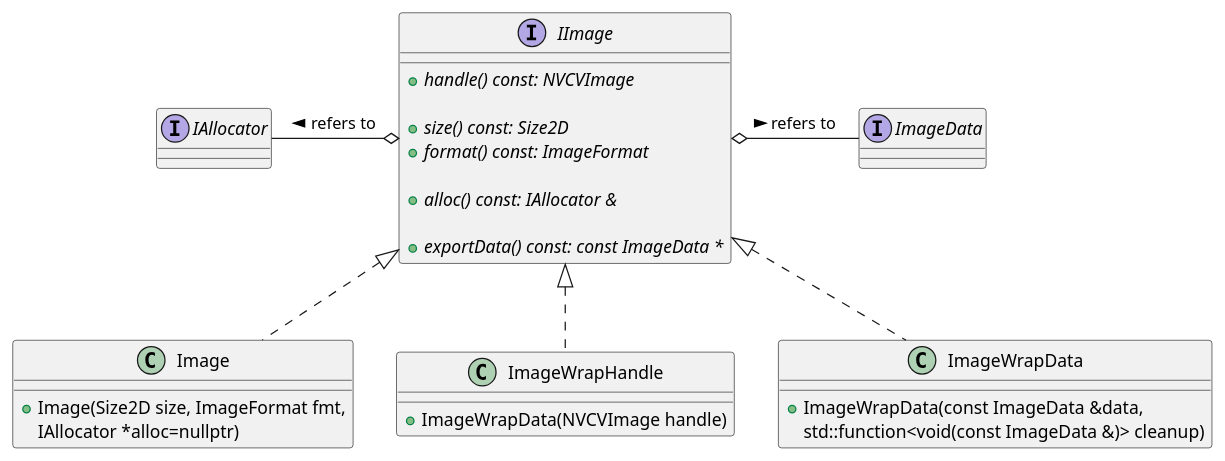
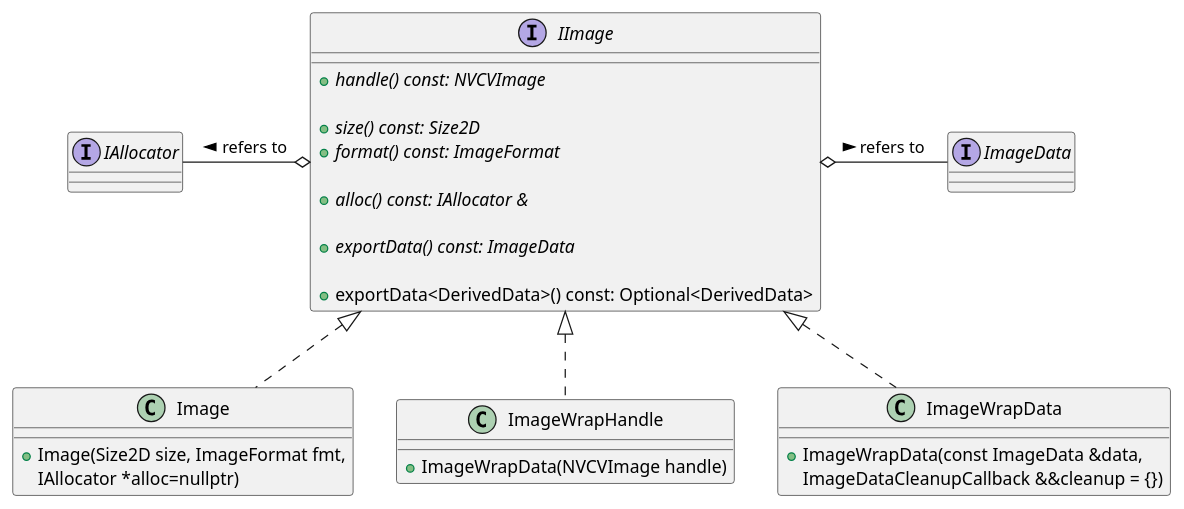
One commit to JanuszL/CV-CUDA changed the diagram in docs/design/image_classes.puml. Above: the diagram before and after it, drawn with PlantUML. The commit also changed 1 other file, not shown here.

Commit message:
Update design (UML) files to reflect the changes in the code.

```diff
--- a/docs/design/image_classes.puml
+++ b/docs/design/image_classes.puml
@@ -13,39 +13,41 @@
 @startuml
 
 interface IAllocator
 
 interface ImageData
 
 interface IImage
 {
     + {abstract} handle() const: NVCVImage
 
     + {abstract} size() const: Size2D
     + {abstract} format() const: ImageFormat
 
     + {abstract} alloc() const: IAllocator &
 
-    + {abstract} exportData() const: const ImageData *
+    + {abstract} exportData() const: ImageData
+
+    + exportData<DerivedData>() const: Optional<DerivedData>
 }
 
 IAllocator -right-o IImage: refers to <
 ImageData -left-o IImage: refers to <
 
 class Image implements IImage
 {
     + Image(Size2D size, ImageFormat fmt,
             IAllocator *alloc=nullptr)
 }
 
 class ImageWrapHandle implements IImage
 {
     + ImageWrapData(NVCVImage handle)
 }
 
 class ImageWrapData implements IImage
 {
     + ImageWrapData(const ImageData &data,
-                    std::function<void(const ImageData &)> cleanup)
+                    ImageDataCleanupCallback &&cleanup = {})
 }
 
 @enduml
```
